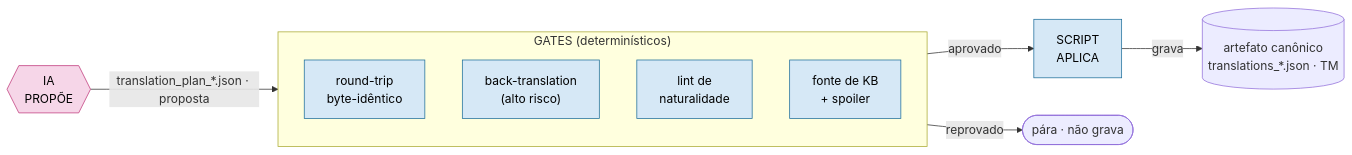
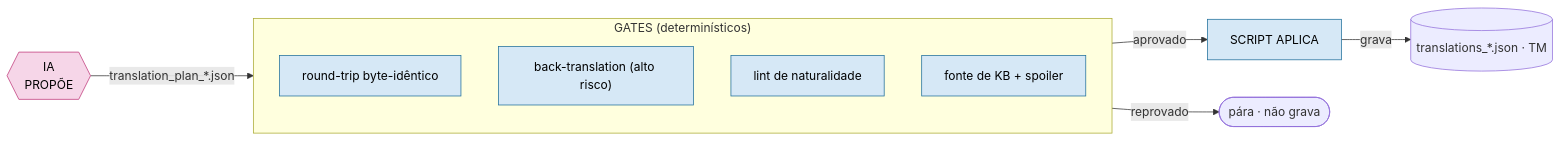
The second of 6 diagrams in docs/GOVERNANCE.md (scudellerlemos/translation-cognition-framework), drawn with Mermaid before and after one commit. The commit also changed other lines of this file and 14 other files, not shown here.

Commit message:
docs: reescreve 15 docs com C4 em mermaid e linguagem simples

````diff
--- a/docs/GOVERNANCE.md
+++ b/docs/GOVERNANCE.md
@@ -22,18 +38,18 @@
 ```mermaid
 flowchart LR
-  ia{{"IA<br/>PROPÕE"}} -->|"translation_plan_*.json · proposta"| gate
+  ia{{"IA<br/>PROPÕE"}} -->|"translation_plan_*.json"| gate
   subgraph gate["GATES (determinísticos)"]
     direction TB
-    g1["round-trip<br/>byte-idêntico"]
-    g2["back-translation<br/>(alto risco)"]
-    g3["lint de<br/>naturalidade"]
-    g4["fonte de KB<br/>+ spoiler"]
+    g1["round-trip byte-idêntico"]
+    g2["back-translation (alto risco)"]
+    g3["lint de naturalidade"]
+    g4["fonte de KB + spoiler"]
   end
-  gate -->|aprovado| script["SCRIPT<br/>APLICA"]
+  gate -->|aprovado| script["SCRIPT APLICA"]
   gate -->|reprovado| stop(["pára · não grava"])
-  script -->|grava| canon[("artefato canônico<br/>translations_*.json · TM")]
+  script -->|grava| canon[("translations_*.json · TM")]
   classDef ia fill:#f6d6e8,stroke:#c0397b,color:#000;
   classDef det fill:#d6e8f6,stroke:#1f6f9b,color:#000;
   class ia ia;
   class g1,g2,g3,g4,script det;
 ```
````
